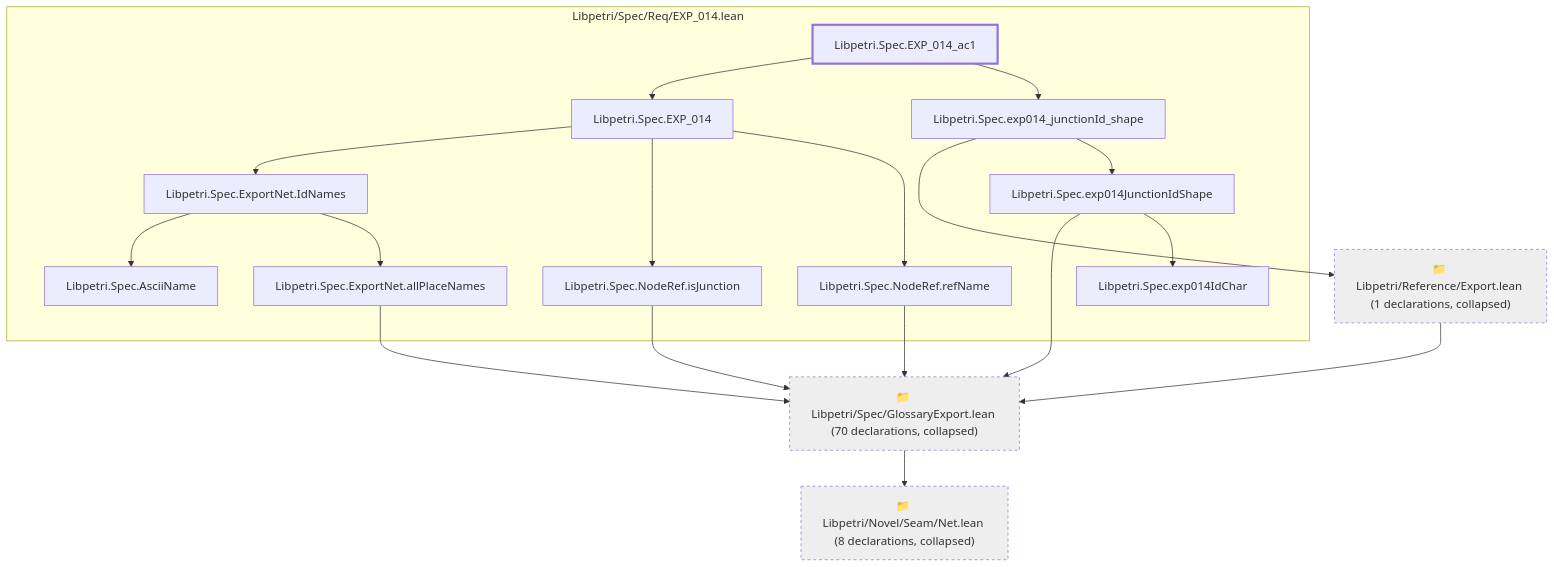
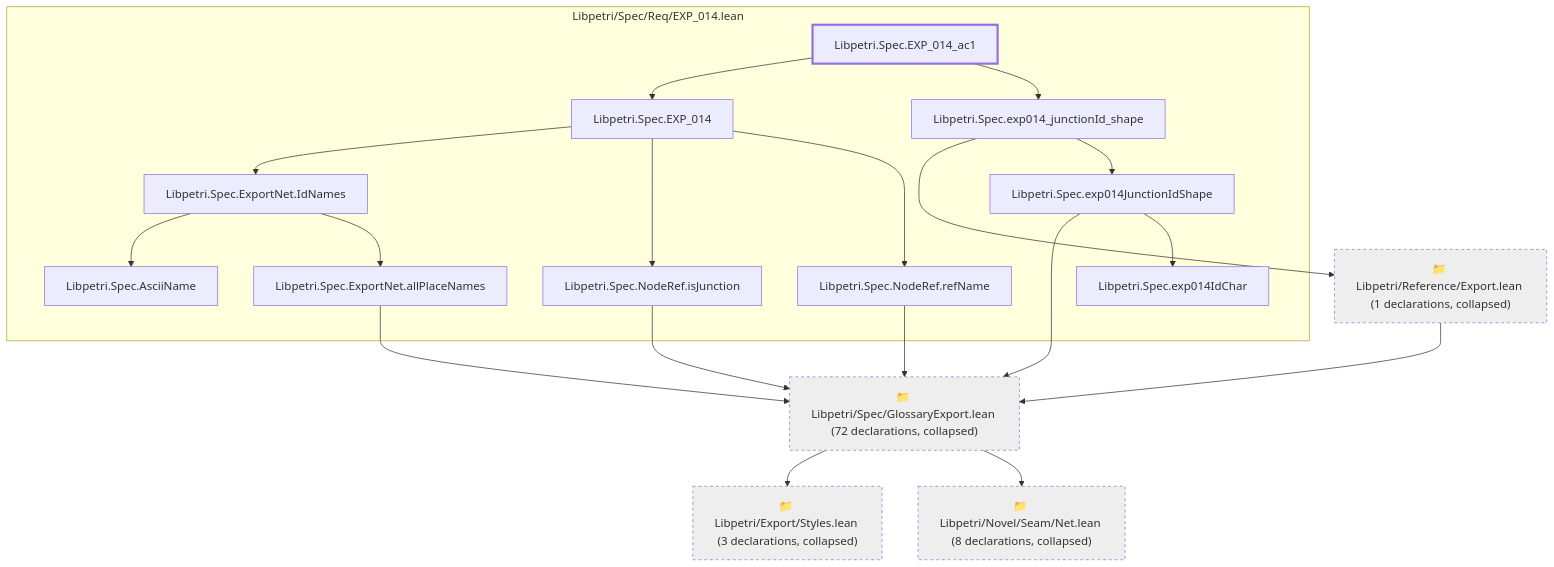
One commit to debe/libpetri changed the first of 2 diagrams in lean/graph/requirements/EXP-014.md. Above: the diagram before and after it, drawn with Mermaid. The commit also changed other lines of this file and 393 other files, not shown here.

First line of the commit message:
feat(spec): AI sign-off of every Lean requirement block; defect ledger closed

````diff
--- a/lean/graph/requirements/EXP-014.md
+++ b/lean/graph/requirements/EXP-014.md
@@ -16,39 +16,41 @@
 ```mermaid
 flowchart TD
   subgraph g0["Libpetri/Spec/Req/EXP_014.lean"]
-    n4940["Libpetri.Spec.AsciiName"]
-    n7005["Libpetri.Spec.EXP_014"]
-    n7006["Libpetri.Spec.EXP_014_ac1"]
-    n7444["Libpetri.Spec.ExportNet.IdNames"]
-    n7447["Libpetri.Spec.ExportNet.allPlaceNames"]
-    n9162["Libpetri.Spec.NodeRef.isJunction"]
-    n9169["Libpetri.Spec.NodeRef.refName"]
-    n16465["Libpetri.Spec.exp014IdChar"]
-    n16467["Libpetri.Spec.exp014JunctionIdShape"]
-    n16482["Libpetri.Spec.exp014_junctionId_shape"]
+    n4954["Libpetri.Spec.AsciiName"]
+    n7058["Libpetri.Spec.EXP_014"]
+    n7059["Libpetri.Spec.EXP_014_ac1"]
+    n7510["Libpetri.Spec.ExportNet.IdNames"]
+    n7513["Libpetri.Spec.ExportNet.allPlaceNames"]
+    n9261["Libpetri.Spec.NodeRef.isJunction"]
+    n9268["Libpetri.Spec.NodeRef.refName"]
+    n16740["Libpetri.Spec.exp014IdChar"]
+    n16742["Libpetri.Spec.exp014JunctionIdShape"]
+    n16761["Libpetri.Spec.exp014_junctionId_shape"]
   end
+  c5["📁 Libpetri/Export/Styles.lean (3 declarations, collapsed)"]
   c54["📁 Libpetri/Novel/Seam/Net.lean (8 declarations, collapsed)"]
   c82["📁 Libpetri/Reference/Export.lean (1 declarations, collapsed)"]
-  c140["📁 Libpetri/Spec/GlossaryExport.lean (70 declarations, collapsed)"]
+  c140["📁 Libpetri/Spec/GlossaryExport.lean (72 declarations, collapsed)"]
   c82 --> c140
+  c140 --> c5
   c140 --> c54
-  n7005 --> n7444
-  n7005 --> n9162
-  n7005 --> n9169
-  n7006 --> n7005
-  n7006 --> n16482
-  n7444 --> n4940
-  n7444 --> n7447
-  n7447 --> c140
-  n9162 --> c140
-  n9169 --> c140
-  n16467 --> c140
-  n16467 --> n16465
-  n16482 --> c82
-  n16482 --> n16467
+  n7058 --> n7510
+  n7058 --> n9261
+  n7058 --> n9268
+  n7059 --> n7058
+  n7059 --> n16761
+  n7510 --> n4954
+  n7510 --> n7513
+  n7513 --> c140
+  n9261 --> c140
+  n9268 --> c140
+  n16742 --> c140
+  n16742 --> n16740
+  n16761 --> c82
+  n16761 --> n16742
   classDef root stroke-width:3px
   classDef locked fill:#fff3cd,stroke:#b8860b
   classDef collapsed fill:#eeeeee,stroke-dasharray:4 4
-  class n7006 root
-  class c54,c82,c140 collapsed
+  class n7059 root
+  class c5,c54,c82,c140 collapsed
 ```
````
